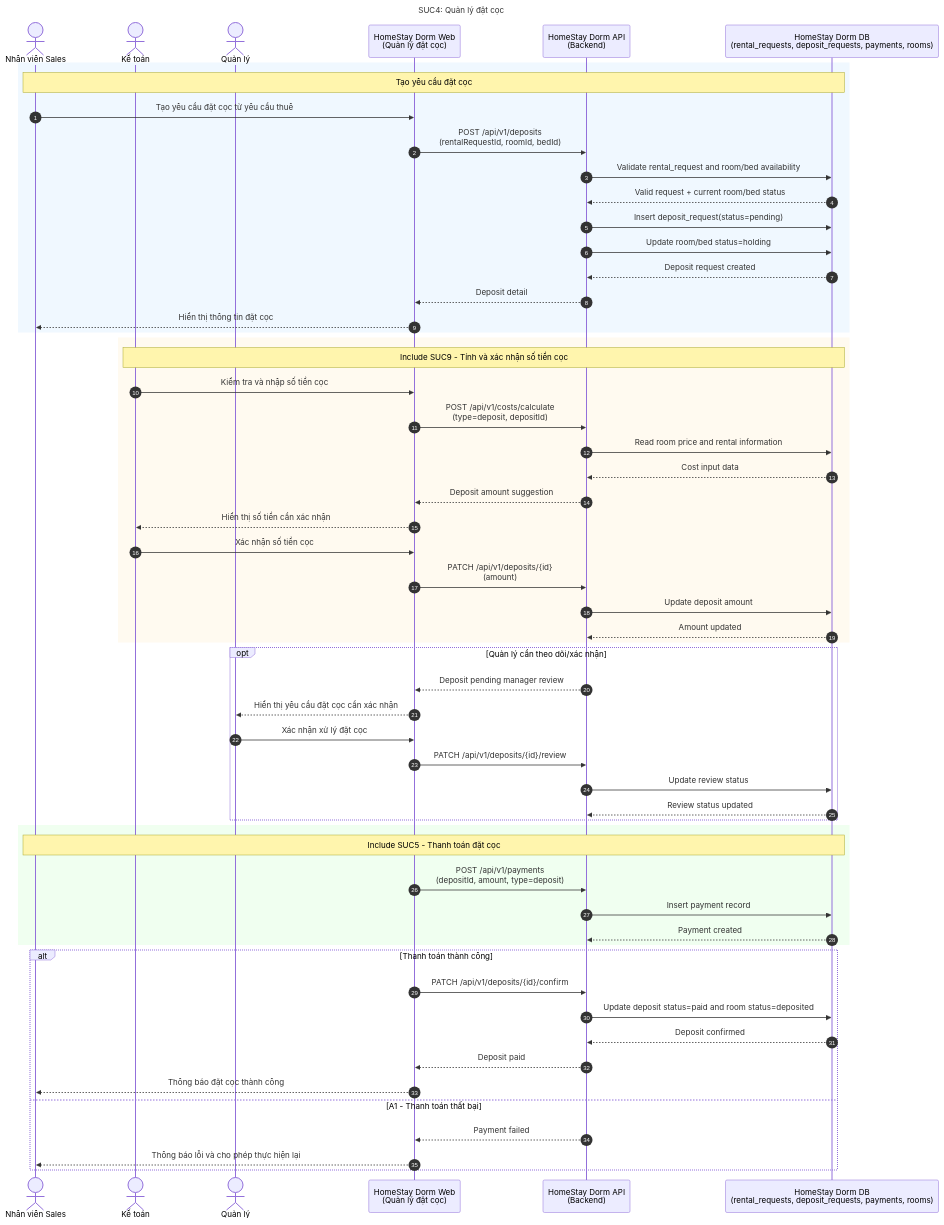
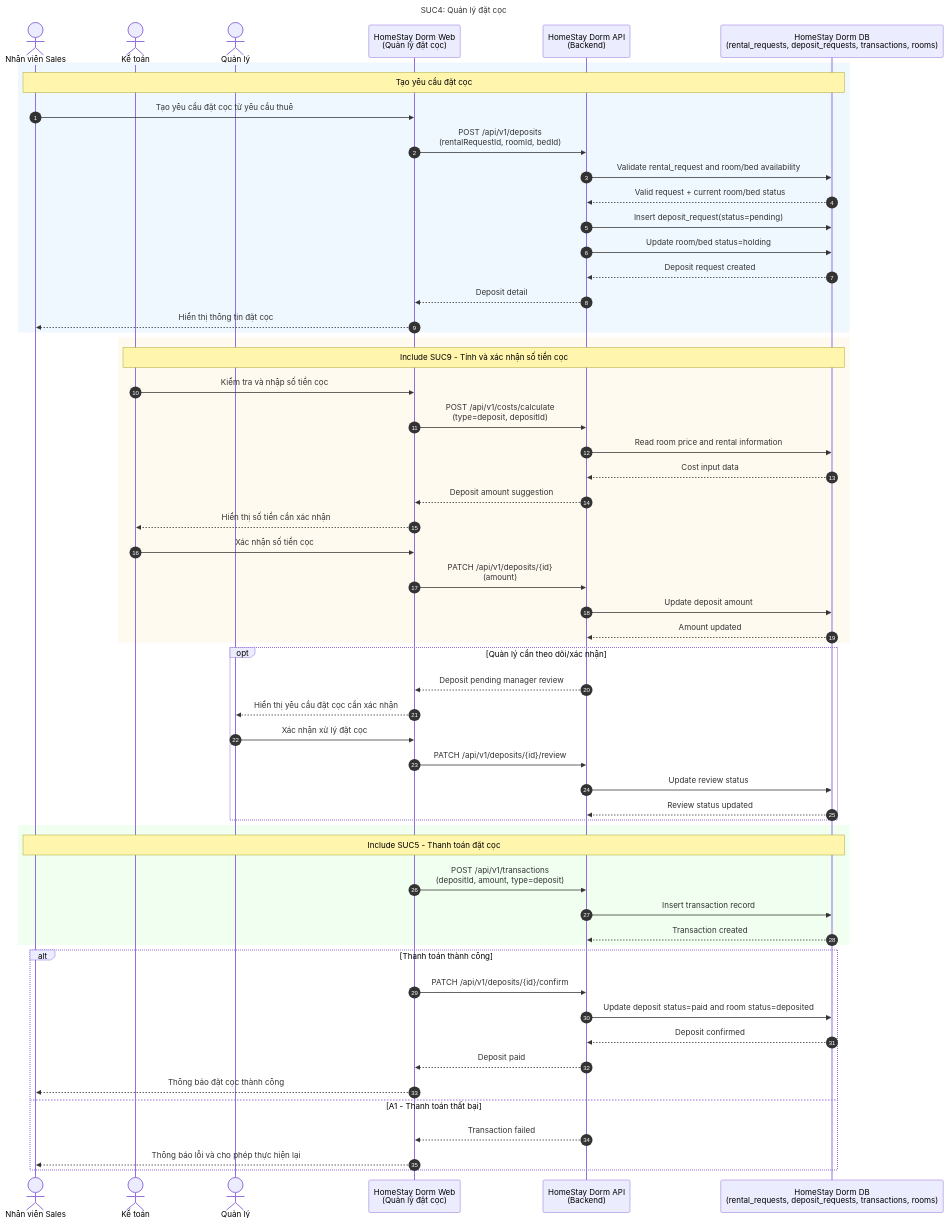
One commit to dinhdaivu/CSC12004_Information-Systems-Analysis-and-Design changed the diagram in docs/SUC/SUC04-quan-ly-dat-coc.mmd. Above: the diagram before and after it, drawn with Mermaid. The commit also changed 11 other files, not shown here.

```diff
--- a/docs/SUC/SUC04-quan-ly-dat-coc.mmd
+++ b/docs/SUC/SUC04-quan-ly-dat-coc.mmd
@@ -1,63 +1,63 @@
 sequenceDiagram
     title SUC4: Quản lý đặt cọc
     autonumber
     actor S as Nhân viên Sales
     actor A as Kế toán
     actor M as Quản lý
     participant Web as HomeStay Dorm Web<br/>(Quản lý đặt cọc)
     participant API as HomeStay Dorm API<br/>(Backend)
-    participant DB as HomeStay Dorm DB<br/>(rental_requests, deposit_requests, payments, rooms)
+    participant DB as HomeStay Dorm DB<br/>(rental_requests, deposit_requests, transactions, rooms)
 
     rect rgb(240, 248, 255)
         Note over S, DB: Tạo yêu cầu đặt cọc
         S->>Web: Tạo yêu cầu đặt cọc từ yêu cầu thuê
         Web->>API: POST /api/v1/deposits<br/>(rentalRequestId, roomId, bedId)
         API->>DB: Validate rental_request and room/bed availability
         DB-->>API: Valid request + current room/bed status
         API->>DB: Insert deposit_request(status=pending)
         API->>DB: Update room/bed status=holding
         DB-->>API: Deposit request created
         API-->>Web: Deposit detail
         Web-->>S: Hiển thị thông tin đặt cọc
     end
 
     rect rgb(255, 250, 240)
         Note over A, DB: Include SUC9 - Tính và xác nhận số tiền cọc
         A->>Web: Kiểm tra và nhập số tiền cọc
         Web->>API: POST /api/v1/costs/calculate<br/>(type=deposit, depositId)
         API->>DB: Read room price and rental information
         DB-->>API: Cost input data
         API-->>Web: Deposit amount suggestion
         Web-->>A: Hiển thị số tiền cần xác nhận
         A->>Web: Xác nhận số tiền cọc
         Web->>API: PATCH /api/v1/deposits/{id}<br/>(amount)
         API->>DB: Update deposit amount
         DB-->>API: Amount updated
     end
 
     opt Quản lý cần theo dõi/xác nhận
         API-->>Web: Deposit pending manager review
         Web-->>M: Hiển thị yêu cầu đặt cọc cần xác nhận
         M->>Web: Xác nhận xử lý đặt cọc
         Web->>API: PATCH /api/v1/deposits/{id}/review
         API->>DB: Update review status
         DB-->>API: Review status updated
     end
 
     rect rgb(240, 255, 240)
         Note over S, DB: Include SUC5 - Thanh toán đặt cọc
-        Web->>API: POST /api/v1/payments<br/>(depositId, amount, type=deposit)
-        API->>DB: Insert payment record
-        DB-->>API: Payment created
+        Web->>API: POST /api/v1/transactions<br/>(depositId, amount, type=deposit)
+        API->>DB: Insert transaction record
+        DB-->>API: Transaction created
     end
 
     alt Thanh toán thành công
         Web->>API: PATCH /api/v1/deposits/{id}/confirm
         API->>DB: Update deposit status=paid and room status=deposited
         DB-->>API: Deposit confirmed
         API-->>Web: Deposit paid
         Web-->>S: Thông báo đặt cọc thành công
     else A1 - Thanh toán thất bại
-        API-->>Web: Payment failed
+        API-->>Web: Transaction failed
         Web-->>S: Thông báo lỗi và cho phép thực hiện lại
     end
```
